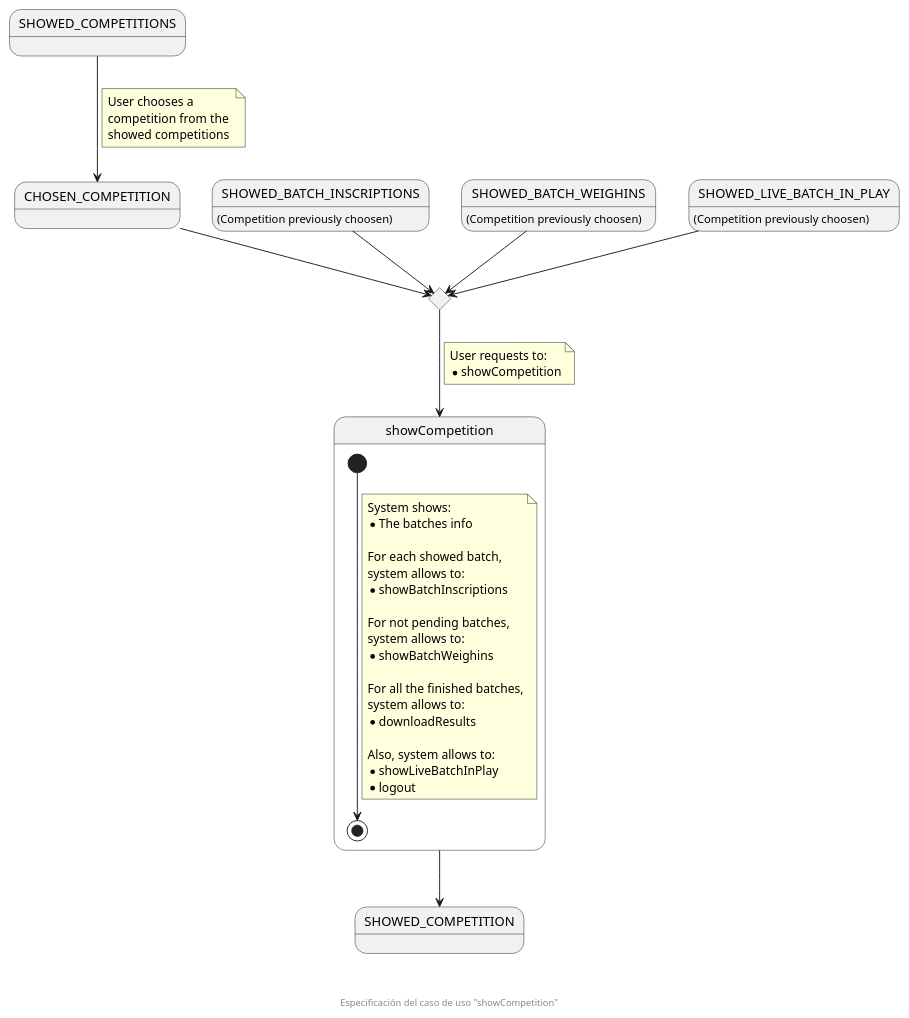
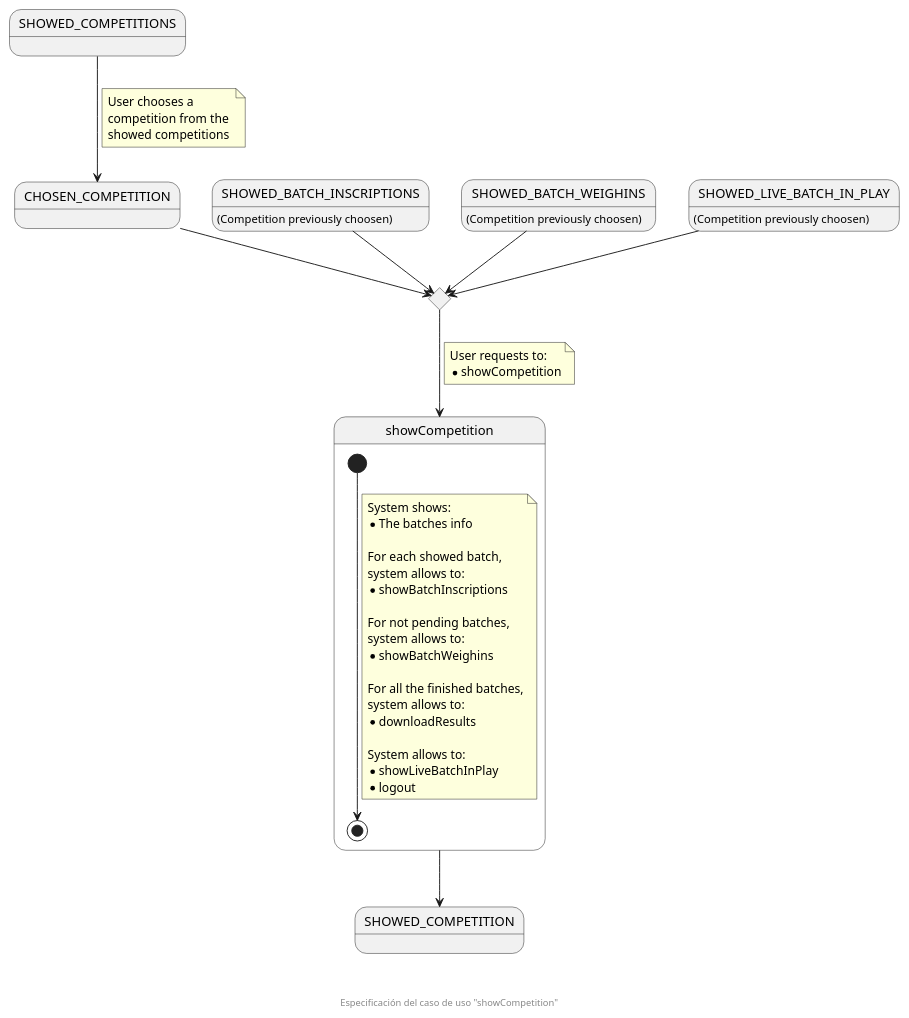
Before and after one commit to zuldare/mastercloud_pfm_halterocms: the diagram in documentation/diagrams/1_requirements/3_useCasesSpecification/spectator/2_showCompetition.puml, drawn with PlantUML. The commit also changed 5 other files, not shown here.

```diff
--- a/documentation/diagrams/1_requirements/3_useCasesSpecification/spectator/2_showCompetition.puml
+++ b/documentation/diagrams/1_requirements/3_useCasesSpecification/spectator/2_showCompetition.puml
@@ -1,56 +1,56 @@
 @startuml
 state SHOWED_COMPETITIONS
 state CHOSEN_COMPETITION
 state SHOWED_BATCH_INSCRIPTIONS : (Competition previously choosen)
 state SHOWED_BATCH_WEIGHINS : (Competition previously choosen)
 state SHOWED_LIVE_BATCH_IN_PLAY : (Competition previously choosen)
 
 state chooseCompetition <<choice>>
 
 SHOWED_COMPETITIONS  --> CHOSEN_COMPETITION
 note on link
   User chooses a 
   competition from the 
   showed competitions
 end note
 
 CHOSEN_COMPETITION --> chooseCompetition
 SHOWED_BATCH_INSCRIPTIONS  --> chooseCompetition
 SHOWED_BATCH_WEIGHINS  --> chooseCompetition
 SHOWED_LIVE_BATCH_IN_PLAY  --> chooseCompetition
 
 chooseCompetition --> showCompetition
 note on link
   User requests to:
   * showCompetition
 end note
 
 state showCompetition {
   [*] --> [*]
   note on link
     System shows:
     * The batches info
 
     For each showed batch, 
     system allows to:
     * showBatchInscriptions
 
     For not pending batches,
     system allows to:
     * showBatchWeighins
 
     For all the finished batches,
     system allows to:
     * downloadResults
 
-    Also, system allows to:
+    System allows to:
     * showLiveBatchInPlay
     * logout
   end note
 }
 state SHOWED_COMPETITION
 
 showCompetition --> SHOWED_COMPETITION
 
 footer \n\n\n Especificación del caso de uso "showCompetition"
 @enduml
```
